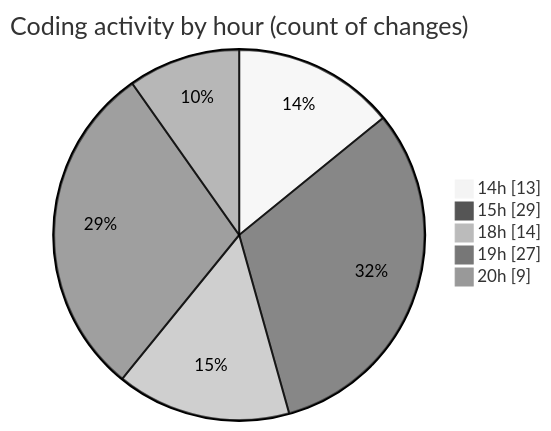
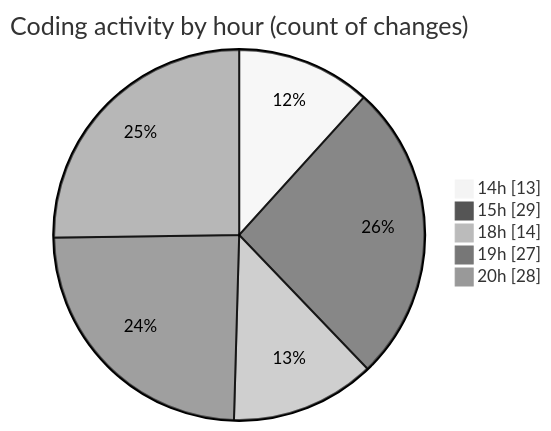
One commit to Ritupan-Deka/code-tracking changed the second of 2 diagrams in 2025-06-23/scopecraft/README.md. Above: the diagram before and after it, drawn with Mermaid (neutral theme). The commit also changed other lines of this file and 1 other file, not shown here.

````diff
--- a/2025-06-23/scopecraft/README.md
+++ b/2025-06-23/scopecraft/README.md
@@ -49,9 +49,9 @@
 ```mermaid
 pie showData
 title Coding activity by hour (count of changes)
 "14h" : 13
 "15h" : 29
 "18h" : 14
 "19h" : 27
-"20h" : 9
+"20h" : 28
 ```
````
